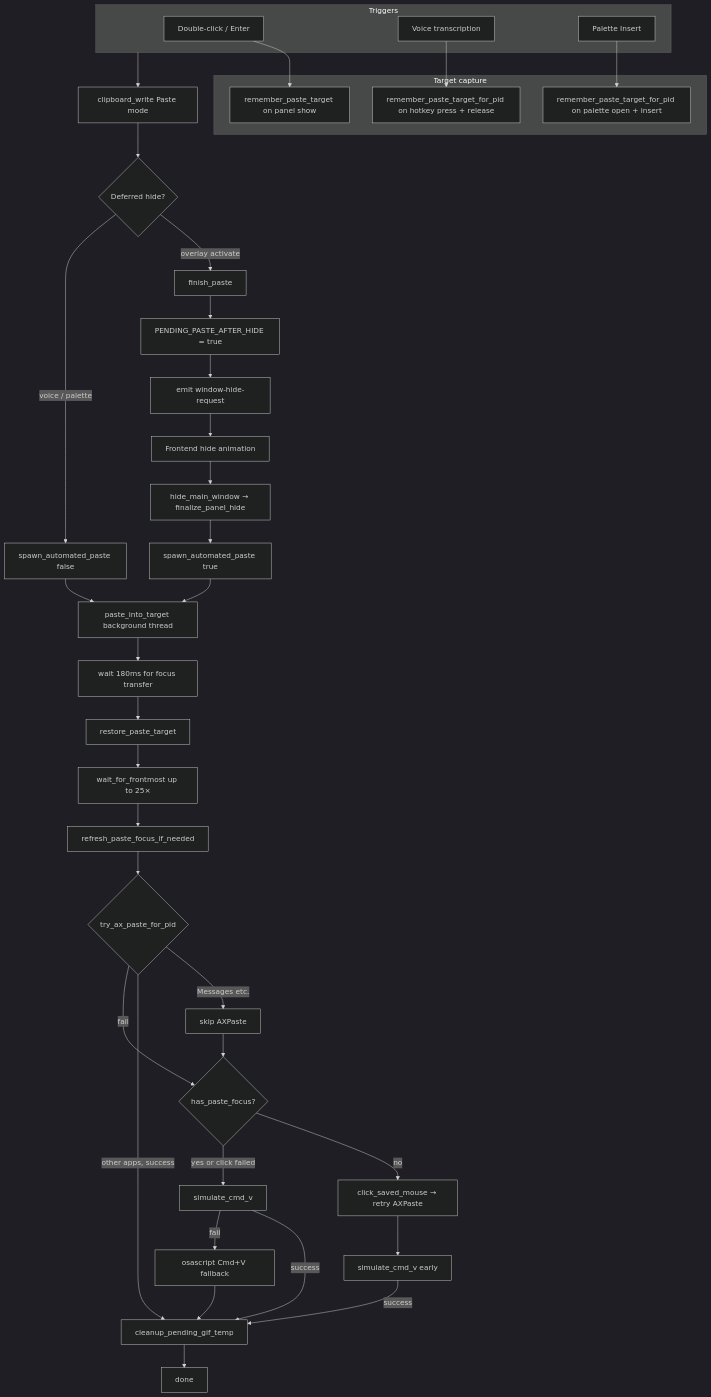
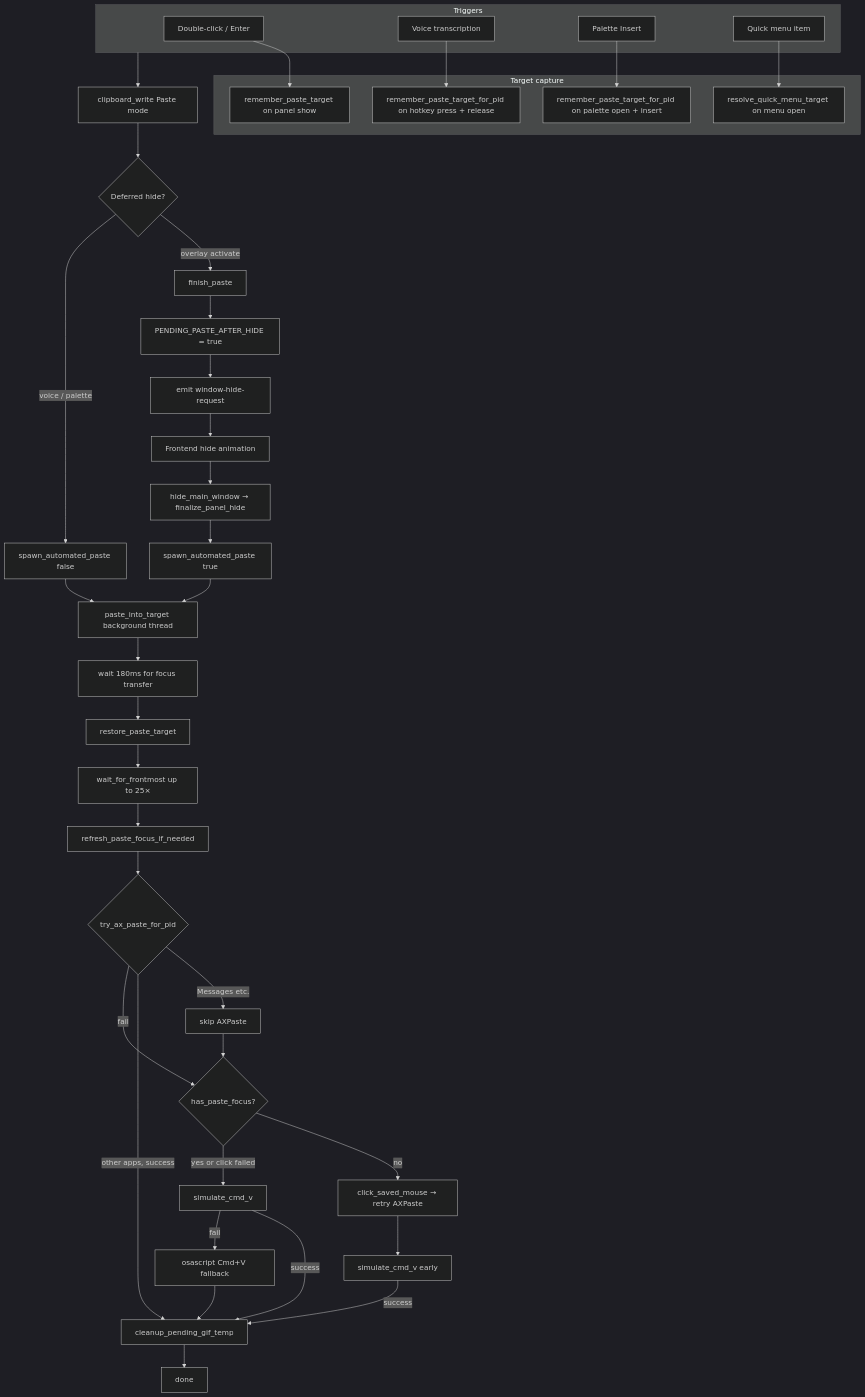
Before and after one commit to vakovalskii/copyosity: the diagram in docs/architecture/macos-paste-pipeline.md, drawn with Mermaid (dark theme). The commit also changed other lines of this file and 5 other files, not shown here.

First line of the commit message:
fix(paste): Brave and Chromium quick-menu snippet paste

````diff
--- a/docs/architecture/macos-paste-pipeline.md
+++ b/docs/architecture/macos-paste-pipeline.md
@@ -9,43 +9,45 @@
 ```mermaid
 flowchart TD
     subgraph triggers [Triggers]
         OV[Double-click / Enter]
         VO[Voice transcription]
         PL[Palette Insert]
+        QM[Quick menu item]
     end
 
     subgraph capture [Target capture]
         OV --> R1[remember_paste_target on panel show]
         VO --> R2[remember_paste_target_for_pid on hotkey press + release]
         PL --> R3[remember_paste_target_for_pid on palette open + insert]
+        QM --> R4[resolve_quick_menu_target on menu open]
     end
 
     triggers --> WRITE[clipboard_write Paste mode]
     WRITE --> FP{Deferred hide?}
     FP -->|overlay activate| DEFER[finish_paste]
     FP -->|voice / palette| DIRECT[spawn_automated_paste false]
     DEFER --> FLAG[PENDING_PASTE_AFTER_HIDE = true]
     FLAG --> HREQ[emit window-hide-request]
     HREQ --> ANIM[Frontend hide animation]
     ANIM --> HIDE[hide_main_window → finalize_panel_hide]
     HIDE --> SAP[spawn_automated_paste true]
     DIRECT --> PIT
     SAP --> PIT[paste_into_target background thread]
     PIT --> SLEEP[wait 180ms for focus transfer]
     SLEEP --> RPT[restore_paste_target]
     RPT --> WAIT[wait_for_frontmost up to 25×]
     WAIT --> REF[refresh_paste_focus_if_needed]
     REF --> AX{try_ax_paste_for_pid}
     AX -->|Messages etc.| SKIP[skip AXPaste]
     AX -->|other apps, success| CLEAN[cleanup_pending_gif_temp]
     AX -->|fail| FOCUS{has_paste_focus?}
     SKIP --> FOCUS
     FOCUS -->|no| CLICK[click_saved_mouse → retry AXPaste]
     CLICK --> CMD1[simulate_cmd_v early]
     FOCUS -->|yes or click failed| CMD2[simulate_cmd_v]
     CMD1 -->|success| CLEAN
     CMD2 -->|success| CLEAN
     CMD2 -->|fail| OSASCRIPT[osascript Cmd+V fallback]
     OSASCRIPT --> CLEAN
     CLEAN --> DONE[done]
 ```
````
